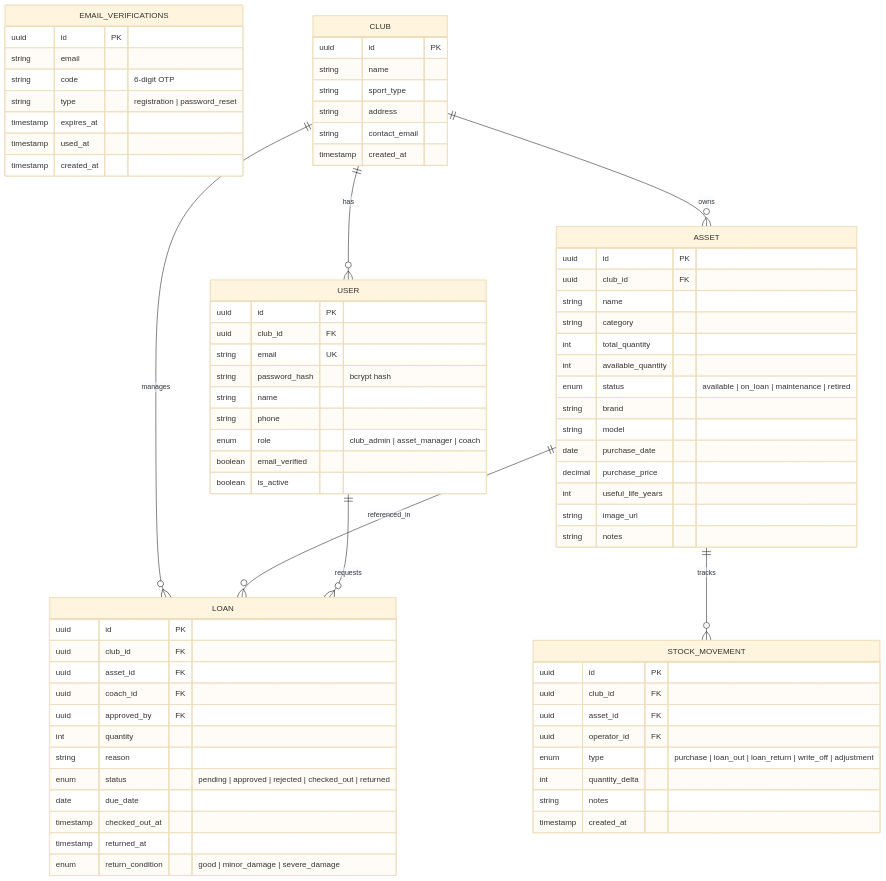
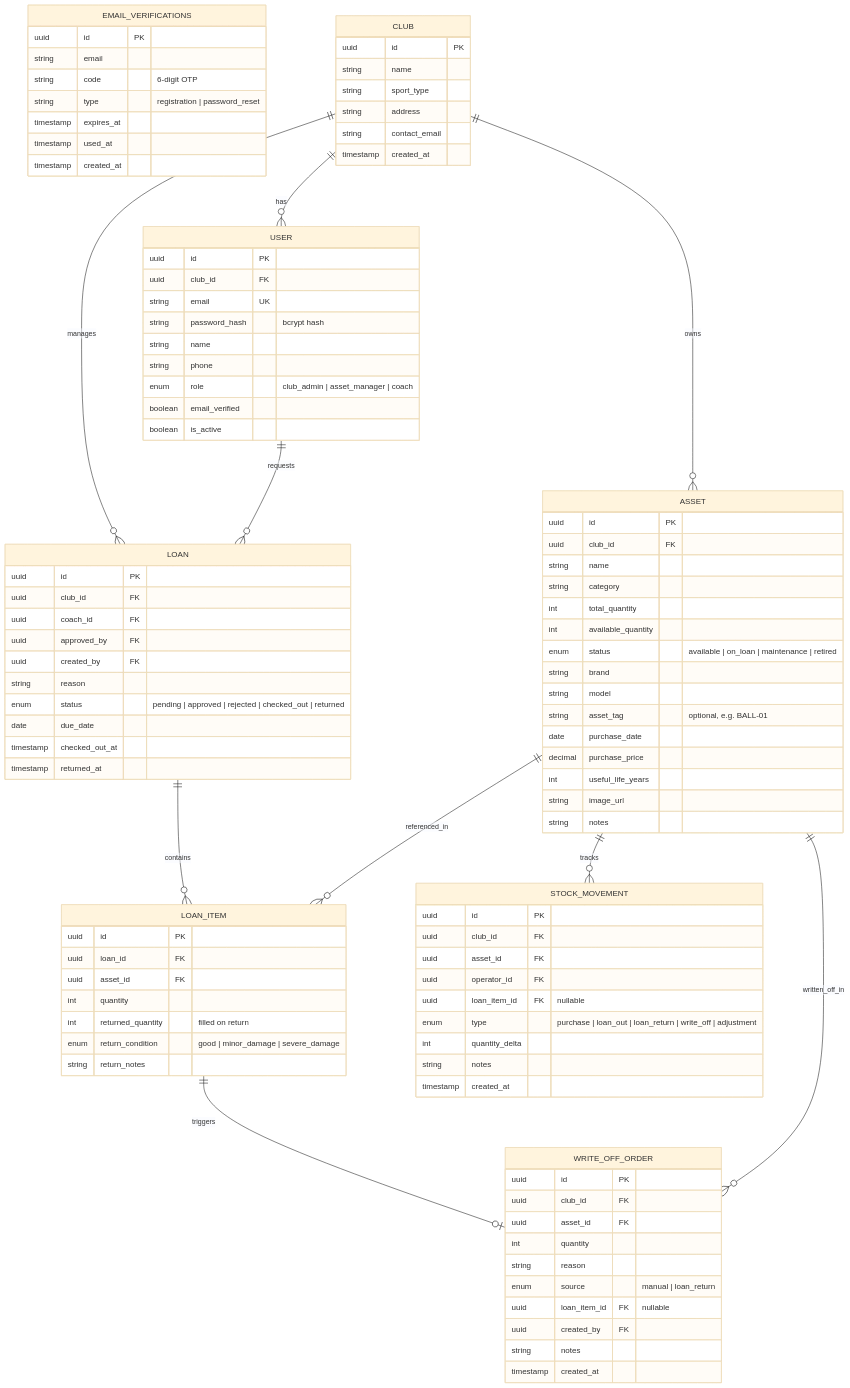
One commit to Hansenyao/sportstock changed the second of 8 diagrams in docs/system-design.md. Above: the diagram before and after it, drawn with Mermaid (base theme). The commit also changed other lines of this file and 1 other file, not shown here.

Commit message:
Update documents, supporting multi-asset items in a loan, and add write-off feature

````diff
--- a/docs/system-design.md
+++ b/docs/system-design.md
@@ -104,6 +104,7 @@
         enum status "available | on_loan | maintenance | retired"
         string brand
         string model
+        string asset_tag "optional, e.g. BALL-01"
         date purchase_date
         decimal purchase_price
         int useful_life_years
@@ -114,16 +115,37 @@
     LOAN {
         uuid id PK
         uuid club_id FK
-        uuid asset_id FK
         uuid coach_id FK
         uuid approved_by FK
-        int quantity
+        uuid created_by FK
         string reason
         enum status "pending | approved | rejected | checked_out | returned"
         date due_date
         timestamp checked_out_at
         timestamp returned_at
+    }
+
+    LOAN_ITEM {
+        uuid id PK
+        uuid loan_id FK
+        uuid asset_id FK
+        int quantity
+        int returned_quantity "filled on return"
         enum return_condition "good | minor_damage | severe_damage"
+        string return_notes
+    }
+
+    WRITE_OFF_ORDER {
+        uuid id PK
+        uuid club_id FK
+        uuid asset_id FK
+        int quantity
+        string reason
+        enum source "manual | loan_return"
+        uuid loan_item_id FK "nullable"
+        uuid created_by FK
+        string notes
+        timestamp created_at
     }
 
     STOCK_MOVEMENT {
@@ -131,6 +153,7 @@
         uuid club_id FK
         uuid asset_id FK
         uuid operator_id FK
+        uuid loan_item_id FK "nullable"
         enum type "purchase | loan_out | loan_return | write_off | adjustment"
         int quantity_delta
         string notes
@@ -140,7 +163,10 @@
     CLUB ||--o{ USER : has
     CLUB ||--o{ ASSET : owns
     CLUB ||--o{ LOAN : manages
-    ASSET ||--o{ LOAN : referenced_in
+    LOAN ||--o{ LOAN_ITEM : contains
+    ASSET ||--o{ LOAN_ITEM : referenced_in
+    LOAN_ITEM ||--o| WRITE_OFF_ORDER : triggers
+    ASSET ||--o{ WRITE_OFF_ORDER : written_off_in
     ASSET ||--o{ STOCK_MOVEMENT : tracks
     USER ||--o{ LOAN : requests
 ```
````
